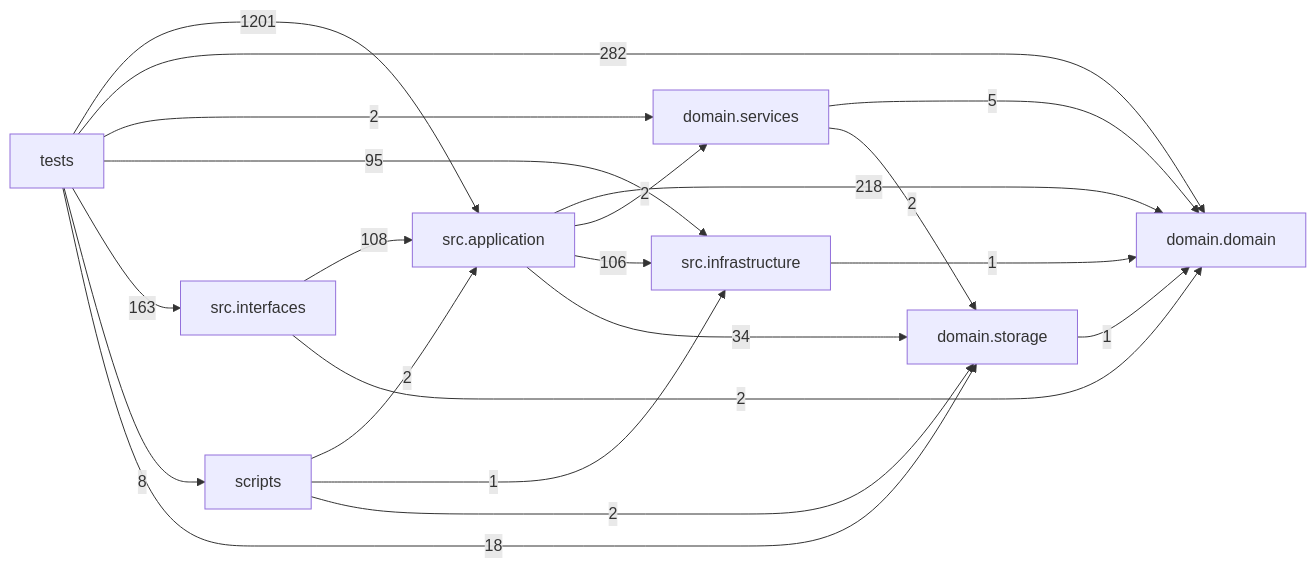
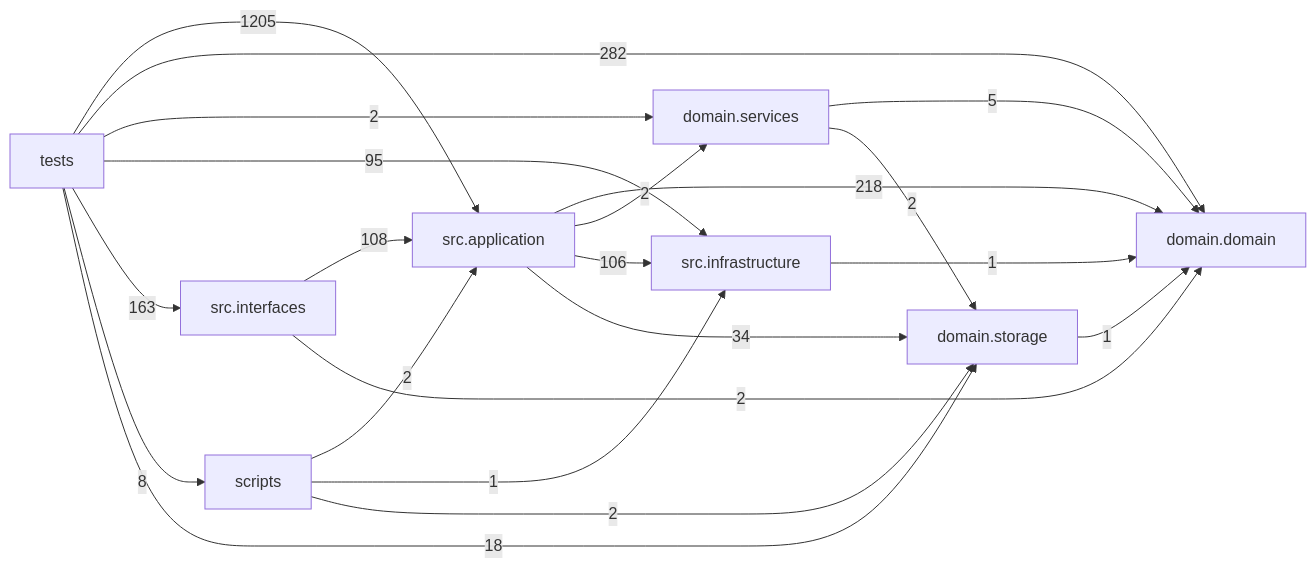
Before and after one commit to liuxie066/options-monitor: the diagram in docs/DEPENDENCY_GRAPH.md, drawn with Mermaid. The commit also changed other lines of this file and 7 other files, not shown here.

````diff
--- a/docs/DEPENDENCY_GRAPH.md
+++ b/docs/DEPENDENCY_GRAPH.md
@@ -24,31 +24,31 @@
 ```mermaid
 flowchart LR
   tests["tests"]
   scripts["scripts"]
   interfaces["src.interfaces"]
   application["src.application"]
   infrastructure["src.infrastructure"]
   domain_services["domain.services"]
   domain["domain.domain"]
   storage["domain.storage"]
   application -->|218| domain
   application -->|2| domain_services
   application -->|106| infrastructure
   application -->|34| storage
   domain_services -->|5| domain
   domain_services -->|2| storage
   infrastructure -->|1| domain
   interfaces -->|108| application
   interfaces -->|2| domain
   scripts -->|2| application
   scripts -->|1| infrastructure
   scripts -->|2| storage
   storage -->|1| domain
-  tests -->|1201| application
+  tests -->|1205| application
   tests -->|282| domain
   tests -->|2| domain_services
   tests -->|95| infrastructure
   tests -->|163| interfaces
   tests -->|8| scripts
   tests -->|18| storage
 ```
````
